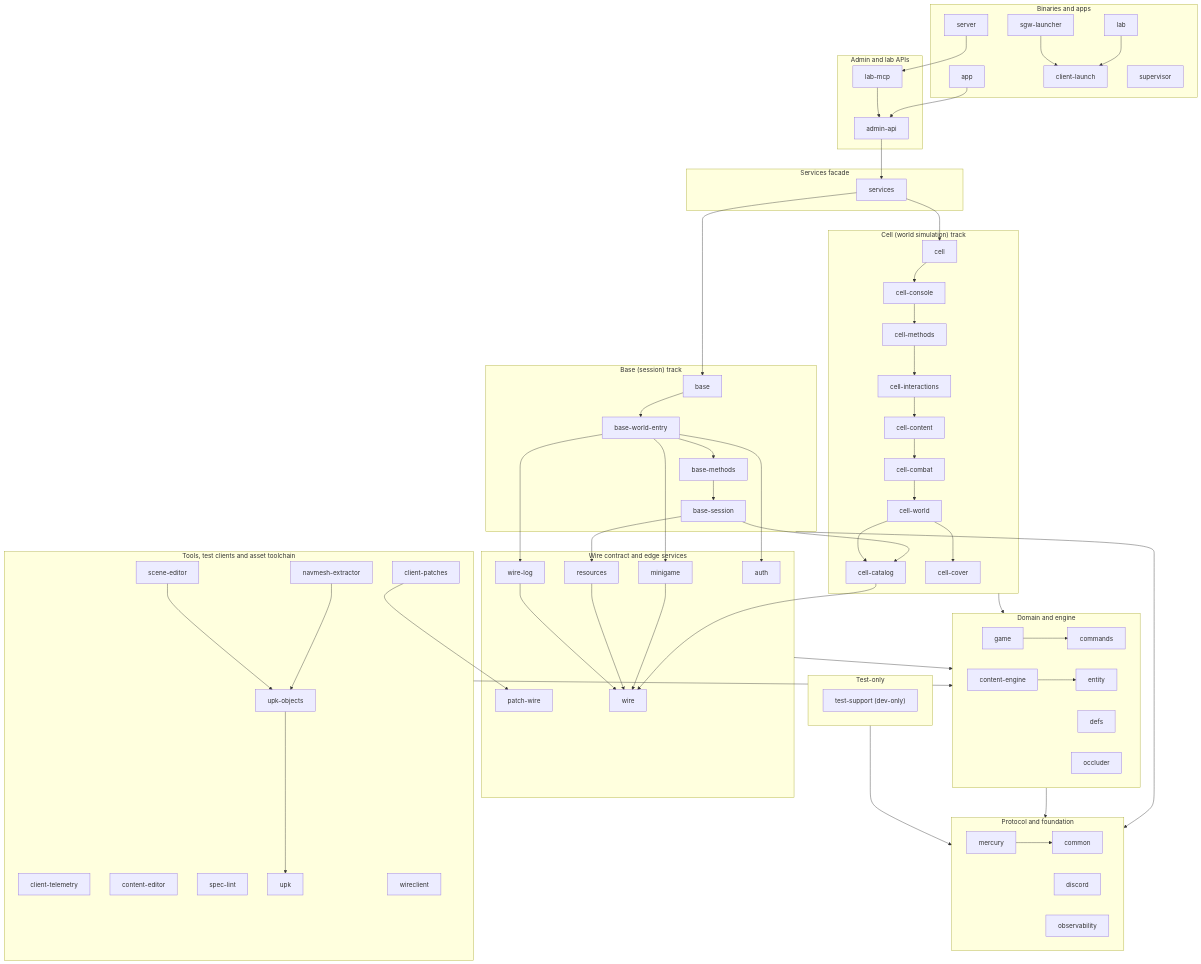
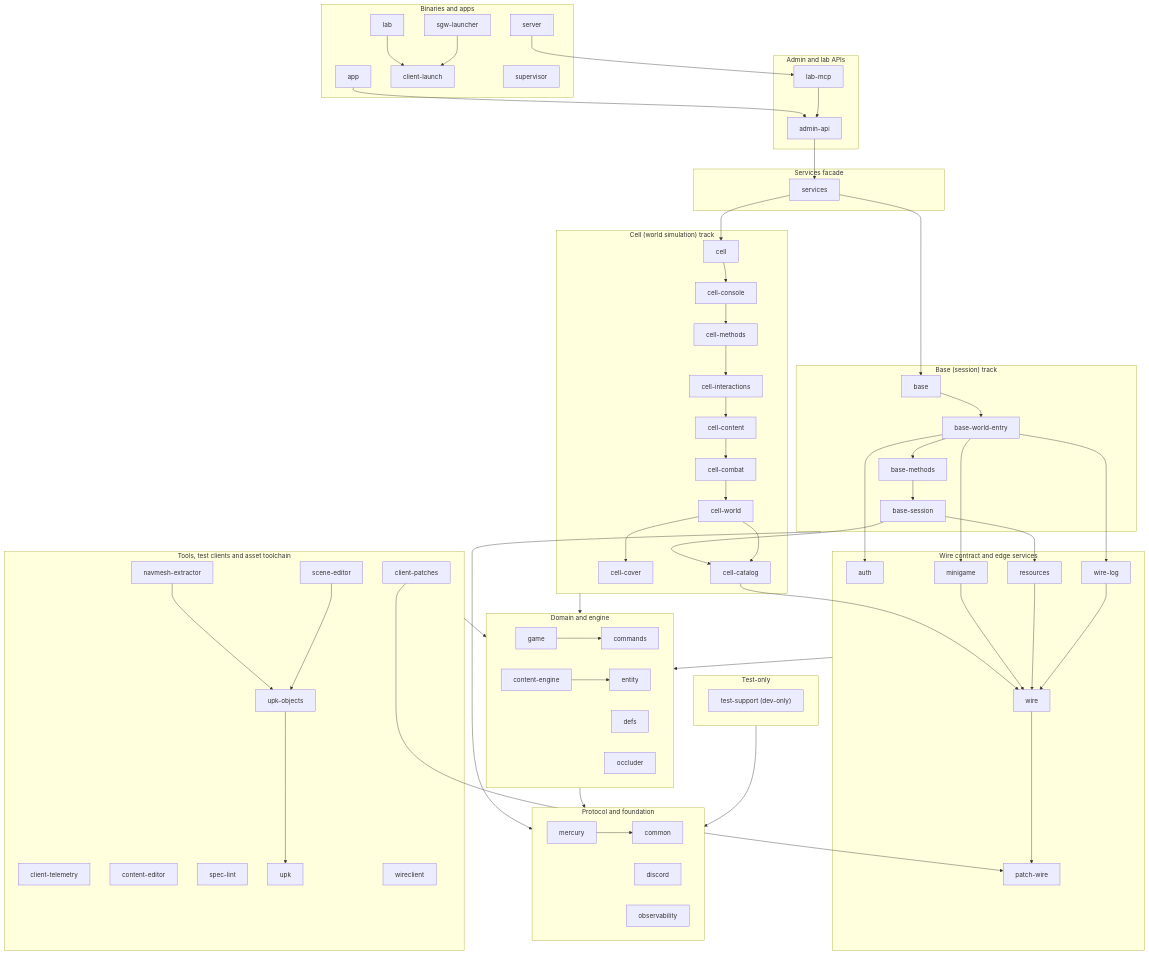
The diagram in README.md (SandboxServers/Cimmeria), drawn with Mermaid before and after one commit. The commit also changed other lines of this file and 4 other files, not shown here.

```diff
--- a/README.md
+++ b/README.md
@@ -199,6 +199,7 @@
     services --> base
     services --> cell
     upkObjects --> upk
+    wire --> patchWire
     wireLog --> wire
     sgwLauncher --> clientLaunch
     grp_cell --> grp_domain
```
